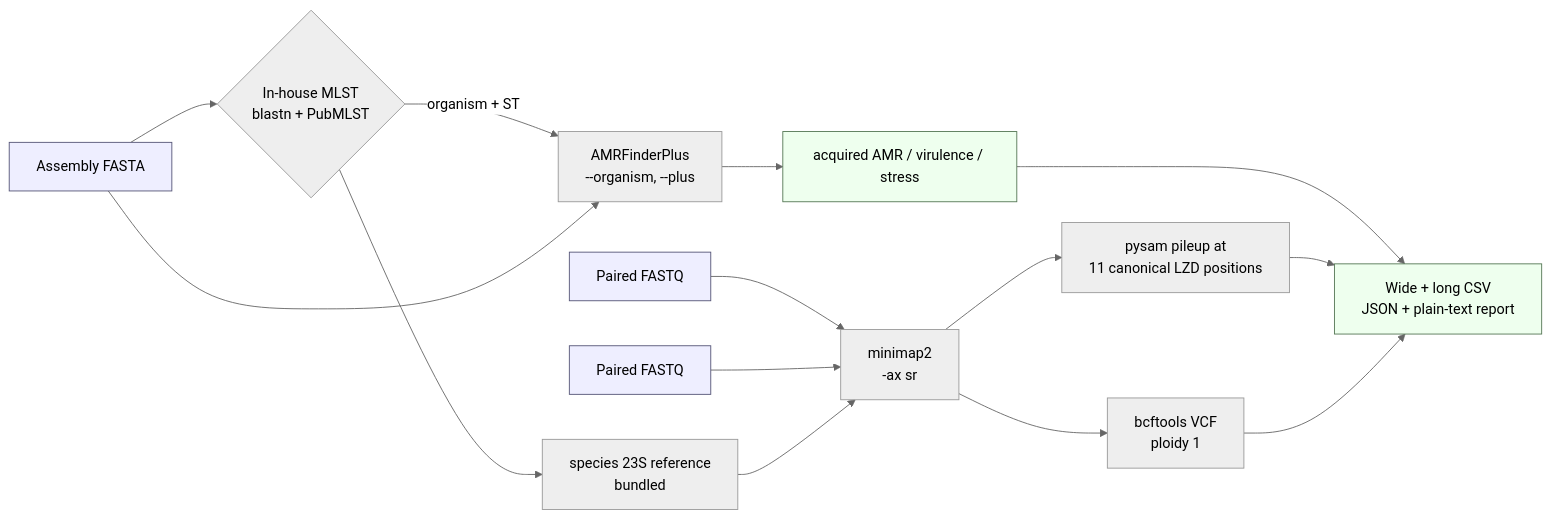
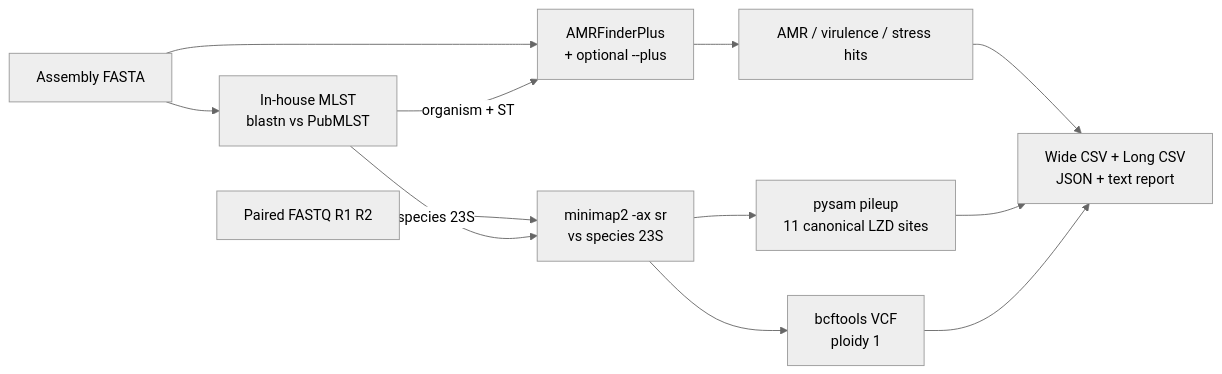
Before and after one commit to iowa69/linezolid-amr: the diagram in README.md, drawn with Mermaid (neutral theme). The commit also changed other lines of this file, not shown here.

Commit message:
docs(readme): drop tseemann citation, simpler mermaid, explicit organism names in flag table

````diff
--- a/README.md
+++ b/README.md
@@ -41,20 +41,14 @@
 ```mermaid
 flowchart LR
-    A[Assembly FASTA] --> M{In-house MLST<br/>blastn + PubMLST}
-    M -->|organism + ST| O[AMRFinderPlus<br/>--organism, --plus]
-    A --> O
-    R1[Paired FASTQ] --> X[minimap2<br/>-ax sr]
-    R2[Paired FASTQ] --> X
-    O --> O1[acquired AMR / virulence / stress]
-    M --> Mref[species 23S reference<br/>bundled]
-    Mref --> X
-    X --> P[pysam pileup at<br/>11 canonical LZD positions]
+    A[Assembly FASTA] --> M[In-house MLST<br/>blastn vs PubMLST]
+    A --> O[AMRFinderPlus<br/>+ optional --plus]
+    R[Paired FASTQ R1 R2] --> X[minimap2 -ax sr<br/>vs species 23S]
+    M -->|organism + ST| O
+    M -->|species 23S| X
+    O --> O1[AMR / virulence / stress hits]
+    X --> P[pysam pileup<br/>11 canonical LZD sites]
     X --> V[bcftools VCF<br/>ploidy 1]
-    O1 --> S[Wide + long CSV<br/>JSON + plain-text report]
+    O1 --> S[Wide CSV + Long CSV<br/>JSON + text report]
     P --> S
     V --> S
-    classDef in fill:#eef,stroke:#557,stroke-width:1px
-    classDef out fill:#efe,stroke:#575,stroke-width:1px
-    class A,R1,R2 in
-    class S,O1 out
 ```
````
